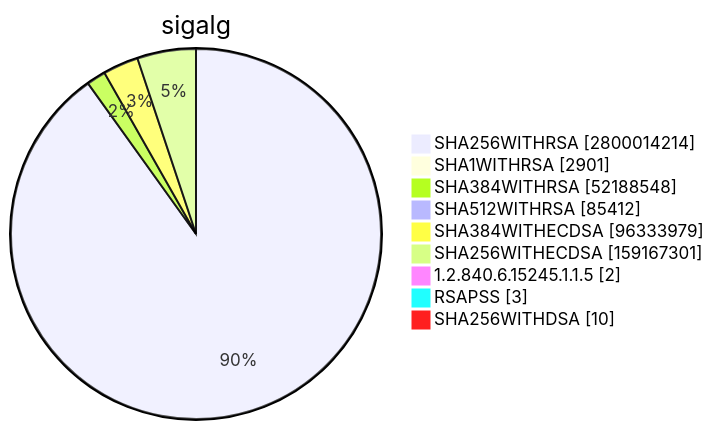
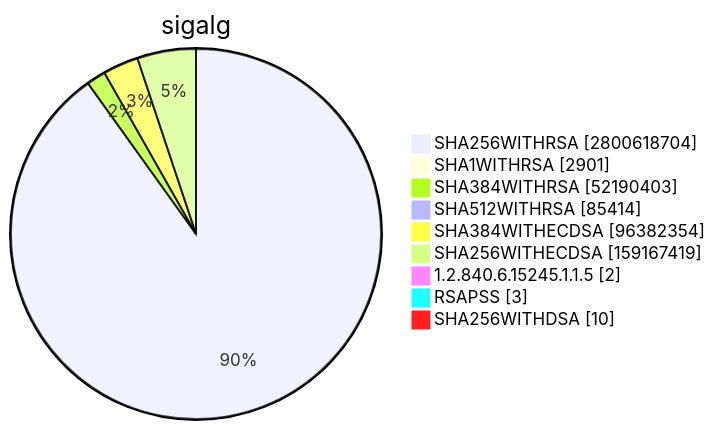
One commit to christiankrug/ctmonitor_visualization changed diagram 15 of 15 in TOTAL/README.md. Above: the diagram before and after it, drawn with Mermaid. The commit also changed other lines of this file, not shown here.

````diff
--- a/TOTAL/README.md
+++ b/TOTAL/README.md
@@ -6205,13 +6205,13 @@
 ```mermaid
 pie showData
 title sigalg
-"SHA256WITHRSA" :2800014214
+"SHA256WITHRSA" :2800618704
 "SHA1WITHRSA" :2901
-"SHA384WITHRSA" :52188548
-"SHA512WITHRSA" :85412
-"SHA384WITHECDSA" :96333979
-"SHA256WITHECDSA" :159167301
+"SHA384WITHRSA" :52190403
+"SHA512WITHRSA" :85414
+"SHA384WITHECDSA" :96382354
+"SHA256WITHECDSA" :159167419
 "1.2.840.6.15245.1.1.5" :2
 "RSAPSS" :3
 "SHA256WITHDSA" :10
 ```
````
